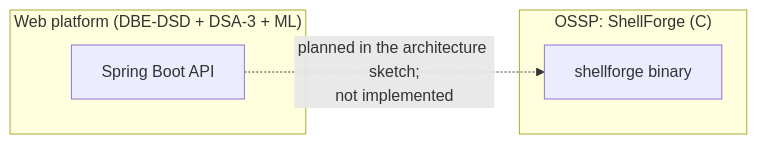
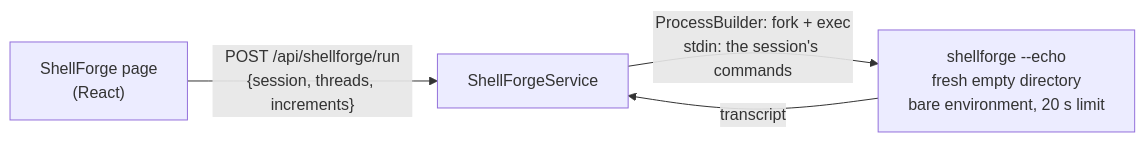
Before and after one commit to SathyaMaragani/Enterprise-Knowledge-Intelligence-Platform: the first of 2 diagrams in docs/ossp/OSSP.md, drawn with Mermaid. The commit also changed other lines of this file and 38 other files, not shown here.

````diff
--- a/docs/ossp/OSSP.md
+++ b/docs/ossp/OSSP.md
@@ -19,10 +23,6 @@
 ```mermaid
 flowchart LR
-    subgraph Platform["Web platform (DBE-DSD + DSA-3 + ML)"]
-        API[Spring Boot API]
-    end
-    subgraph OSSP["OSSP: ShellForge (C)"]
-        SH[shellforge binary]
-    end
-    API -. "planned in the architecture sketch;<br/>not implemented" .-> SH
+    UI["ShellForge page<br/>(React)"] -- "POST /api/shellforge/run<br/>{session, threads, increments}" --> API[ShellForgeService]
+    API -- "ProcessBuilder: fork + exec<br/>stdin: the session's commands" --> SH["shellforge --echo<br/>fresh empty directory<br/>bare environment, 20 s limit"]
+    SH -- "transcript" --> API
 ```
````
